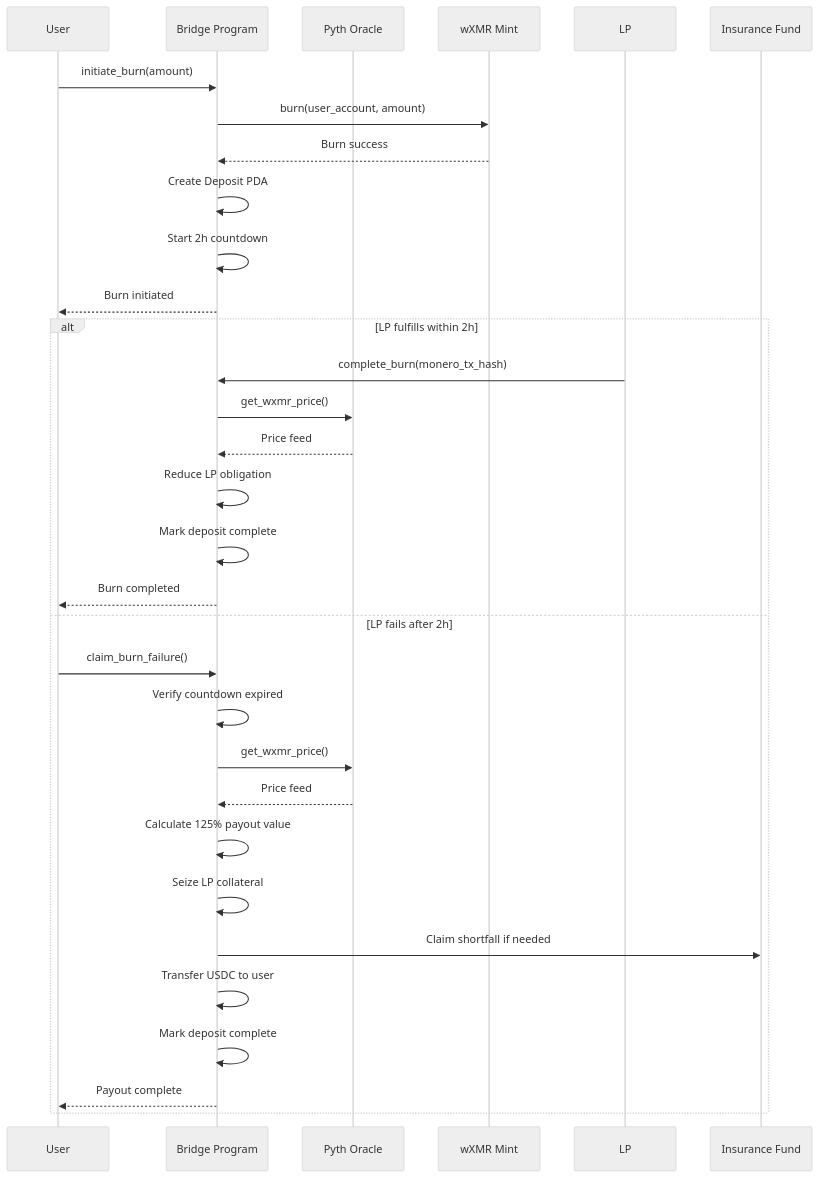
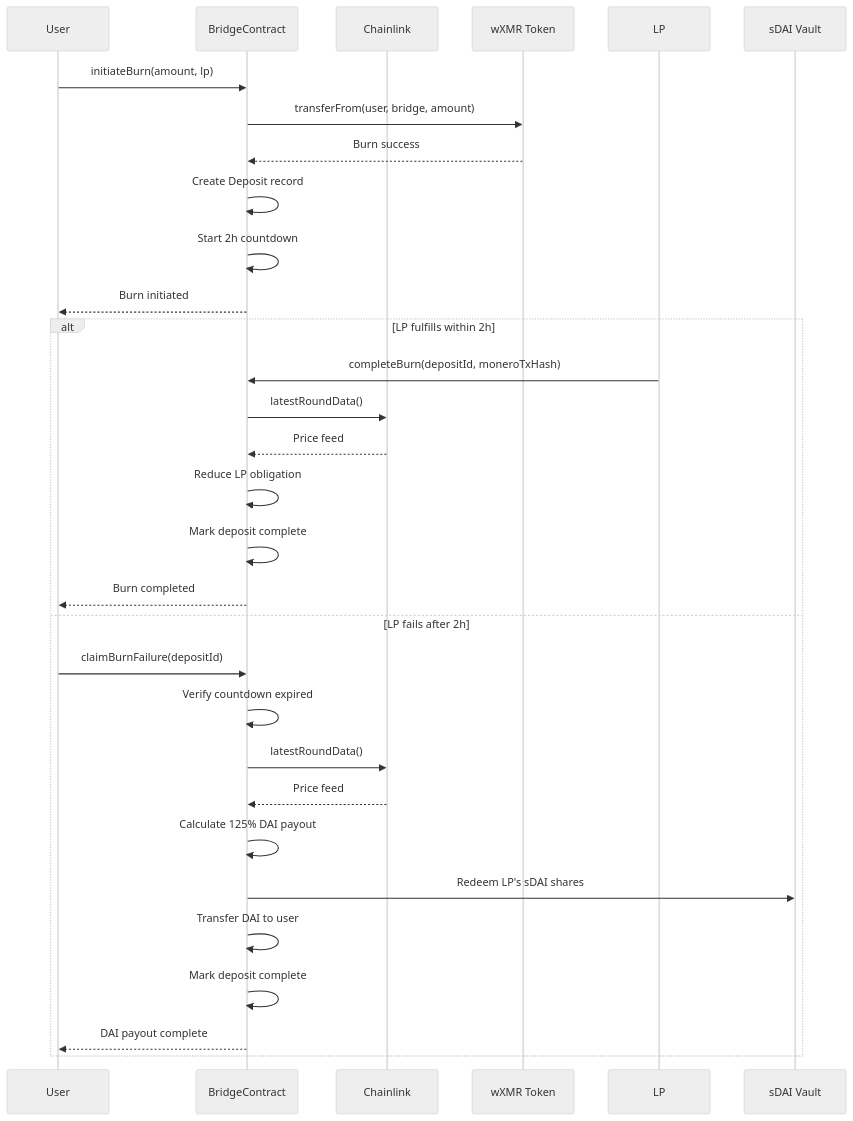
The second of 2 diagrams in SYNTHWRAP.md (madschristensen99/fungerbil), drawn with Mermaid (neutral theme) before and after one commit. The commit also changed other lines of this file, not shown here.

````diff
--- a/SYNTHWRAP.md
+++ b/SYNTHWRAP.md
@@ -1315,36 +779,35 @@
 ```mermaid
 sequenceDiagram
     participant User
-    participant Bridge Program
-    participant Pyth Oracle
-    participant wXMR Mint
+    participant BridgeContract
+    participant Chainlink
+    participant wXMR Token
     participant LP
-    participant Insurance Fund
+    participant sDAI Vault
 
-    User->>Bridge Program: initiate_burn(amount)
-    Bridge Program->>wXMR Mint: burn(user_account, amount)
-    wXMR Mint-->>Bridge Program: Burn success
-    Bridge Program->>Bridge Program: Create Deposit PDA
-    Bridge Program->>Bridge Program: Start 2h countdown
-    Bridge Program-->>User: Burn initiated
+    User->>BridgeContract: initiateBurn(amount, lp)
+    BridgeContract->>wXMR Token: transferFrom(user, bridge, amount)
+    wXMR Token-->>BridgeContract: Burn success
+    BridgeContract->>BridgeContract: Create Deposit record
+    BridgeContract->>BridgeContract: Start 2h countdown
+    BridgeContract-->>User: Burn initiated
     
     alt LP fulfills within 2h
-        LP->>Bridge Program: complete_burn(monero_tx_hash)
-        Bridge Program->>Pyth Oracle: get_wxmr_price()
-        Pyth Oracle-->>Bridge Program: Price feed
-        Bridge Program->>Bridge Program: Reduce LP obligation
-        Bridge Program->>Bridge Program: Mark deposit complete
-        Bridge Program-->>User: Burn completed
+        LP->>BridgeContract: completeBurn(depositId, moneroTxHash)
+        BridgeContract->>Chainlink: latestRoundData()
+        Chainlink-->>BridgeContract: Price feed
+        BridgeContract->>BridgeContract: Reduce LP obligation
+        BridgeContract->>BridgeContract: Mark deposit complete
+        BridgeContract-->>User: Burn completed
     else LP fails after 2h
-        User->>Bridge Program: claim_burn_failure()
-        Bridge Program->>Bridge Program: Verify countdown expired
-        Bridge Program->>Pyth Oracle: get_wxmr_price()
-        Pyth Oracle-->>Bridge Program: Price feed
-        Bridge Program->>Bridge Program: Calculate 125% payout value
-        Bridge Program->>Bridge Program: Seize LP collateral
-        Bridge Program->>Insurance Fund: Claim shortfall if needed
-        Bridge Program->>Bridge Program: Transfer USDC to user
-        Bridge Program->>Bridge Program: Mark deposit complete
-        Bridge Program-->>User: Payout complete
+        User->>BridgeContract: claimBurnFailure(depositId)
+        BridgeContract->>BridgeContract: Verify countdown expired
+        BridgeContract->>Chainlink: latestRoundData()
+        Chainlink-->>BridgeContract: Price feed
+        BridgeContract->>BridgeContract: Calculate 125% DAI payout
+        BridgeContract->>sDAI Vault: Redeem LP's sDAI shares
+        BridgeContract->>BridgeContract: Transfer DAI to user
+        BridgeContract->>BridgeContract: Mark deposit complete
+        BridgeContract-->>User: DAI payout complete
     end
 ```
````
